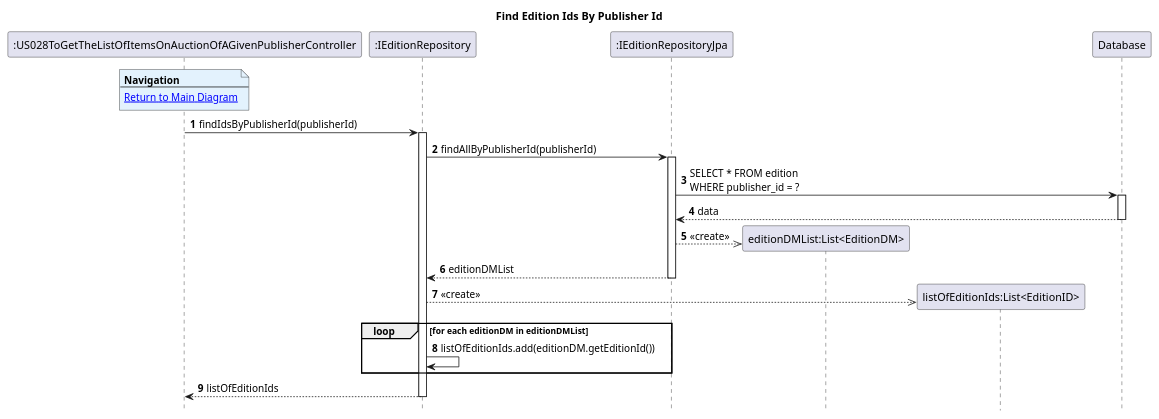
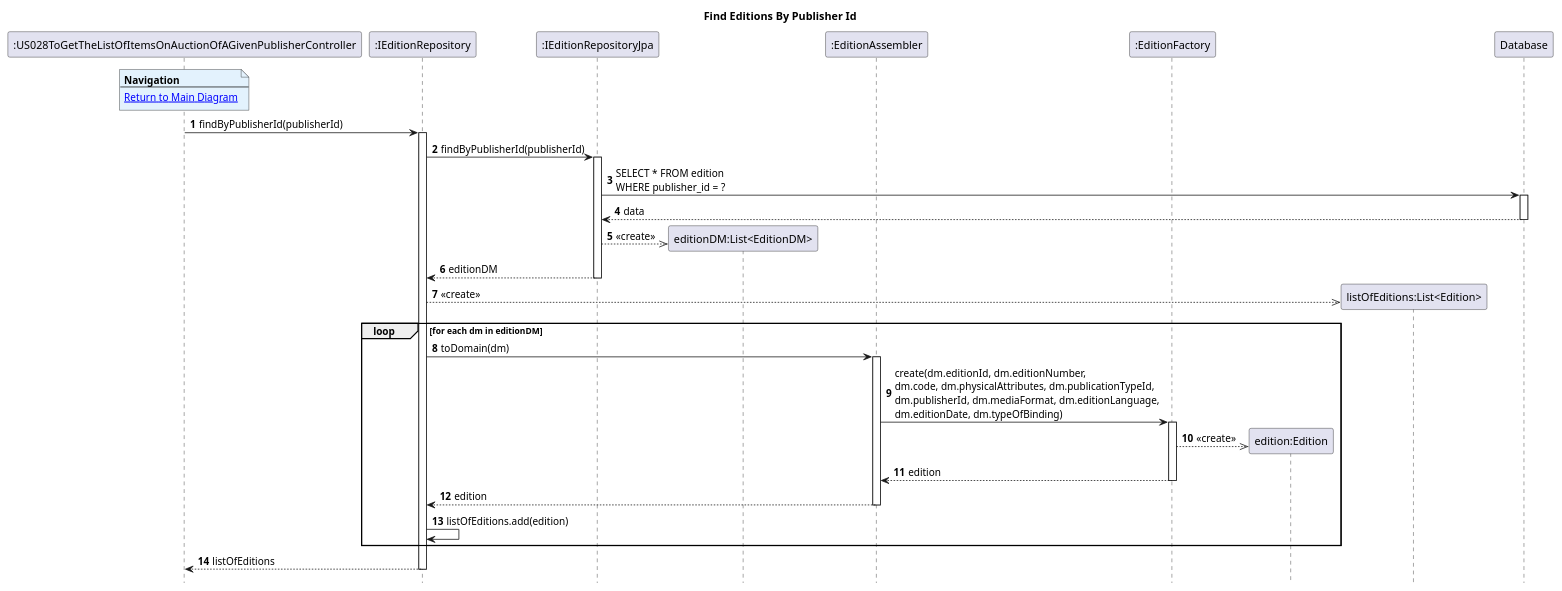
One commit to AndrePereiraGitH/SWitCH-Project-Team_A changed the diagram in Diagrams/SequenceDiagrams/N2/To-get-list-of-items-on-auction-of-an-given-publisher/Find-Edition-Ids-By-Publisher-Id.puml. Above: the diagram before and after it, drawn with PlantUML. The commit also changed 3 other files, not shown here.

Commit message:
Doc #705 : fix and align diagrams with current design

```diff
--- a/Diagrams/SequenceDiagrams/N2/To-get-list-of-items-on-auction-of-an-given-publisher/Find-Edition-Ids-By-Publisher-Id.puml
+++ b/Diagrams/SequenceDiagrams/N2/To-get-list-of-items-on-auction-of-an-given-publisher/Find-Edition-Ids-By-Publisher-Id.puml
@@ -1,43 +1,59 @@
 @startuml
 hide footbox
 autonumber
-title Find Edition Ids By Publisher Id
+title Find Editions By Publisher Id
 
 participant ":US028ToGetTheListOfItemsOnAuctionOfAGivenPublisherController" as Ctrl
 participant ":IEditionRepository" as editionRepo
 participant ":IEditionRepositoryJpa" as editionJpa
-participant "editionDMList:List<EditionDM>" as editionDMList
-participant "listOfEditionIds:List<EditionID>" as listOfEditionIds
+participant "editionDM:List<EditionDM>" as editionDMList
+participant ":EditionAssembler" as editionAssembler
+participant ":EditionFactory" as editionFactory
+participant "edition:Edition" as edition
+participant "listOfEditions:List<Edition>" as listOfEditions
 participant "Database" as db
 
 note over Ctrl #E3F2FD
 <b>Navigation</b>
 ---
 [[./main.puml Return to Main Diagram]]
 end note
 
-Ctrl -> editionRepo : findIdsByPublisherId(publisherId)
+Ctrl -> editionRepo : findByPublisherId(publisherId)
 activate editionRepo
 
-editionRepo -> editionJpa : findAllByPublisherId(publisherId)
+editionRepo -> editionJpa : findByPublisherId(publisherId)
 activate editionJpa
 
 editionJpa -> db : SELECT * FROM edition\nWHERE publisher_id = ?
 activate db
 db --> editionJpa : data
 deactivate db
 
 editionJpa -->> editionDMList ** : <<create>>
-editionJpa --> editionRepo : editionDMList
+editionJpa --> editionRepo : editionDM
 deactivate editionJpa
 
-editionRepo -->> listOfEditionIds ** : <<create>>
+editionRepo -->> listOfEditions ** : <<create>>
 
-loop for each editionDM in editionDMList
-    editionRepo -> editionRepo : listOfEditionIds.add(editionDM.getEditionId())
+loop for each dm in editionDM
+    editionRepo -> editionAssembler : toDomain(dm)
+    activate editionAssembler
+
+    editionAssembler -> editionFactory : create(dm.editionId, dm.editionNumber,\ndm.code, dm.physicalAttributes, dm.publicationTypeId,\ndm.publisherId, dm.mediaFormat, dm.editionLanguage,\ndm.editionDate, dm.typeOfBinding)
+    activate editionFactory
+
+    editionFactory -->> edition ** : <<create>>
+    editionFactory --> editionAssembler : edition
+    deactivate editionFactory
+
+    editionAssembler --> editionRepo : edition
+    deactivate editionAssembler
+
+    editionRepo -> editionRepo : listOfEditions.add(edition)
 end
 
-editionRepo --> Ctrl : listOfEditionIds
+editionRepo --> Ctrl : listOfEditions
 deactivate editionRepo
 
 @enduml
```
